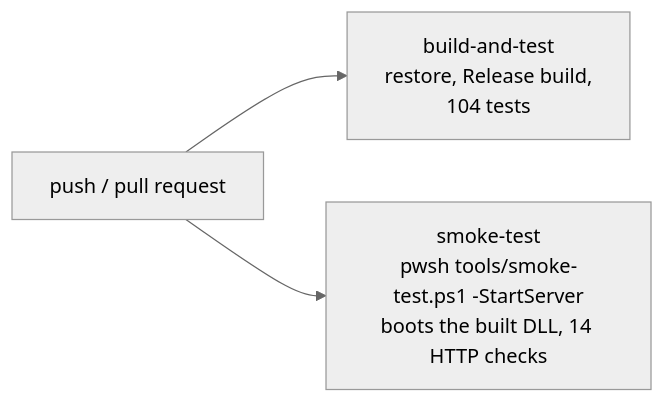
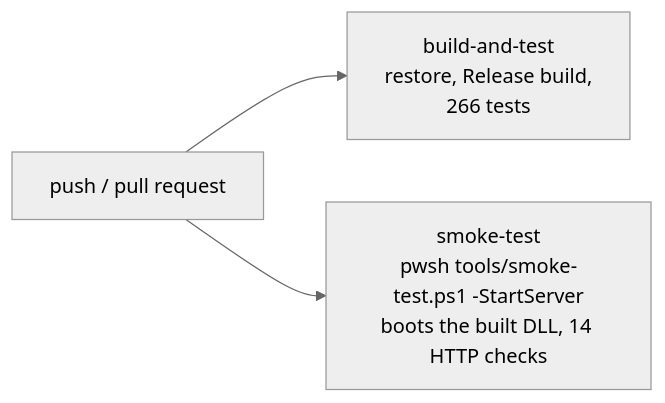
Before and after one commit to bgard68/Net10Sudoku: the diagram in docs/testing.md, drawn with Mermaid (neutral theme). The commit also changed other lines of this file and 25 other files, not shown here.

````diff
--- a/docs/testing.md
+++ b/docs/testing.md
@@ -186,5 +217,5 @@
 ```mermaid
 flowchart LR
-    Push["push / pull request"] --> A["build-and-test<br/>restore, Release build,<br/>104 tests"]
+    Push["push / pull request"] --> A["build-and-test<br/>restore, Release build,<br/>266 tests"]
     Push --> B["smoke-test<br/>pwsh tools/smoke-test.ps1 -StartServer<br/>boots the built DLL, 14 HTTP checks"]
 ```
````
